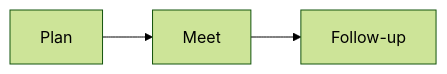
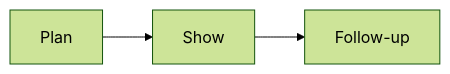
The second of 9 diagrams in docs/diagrams.md (yuxuan6426/clipsignal), drawn with Mermaid (forest theme) before and after one commit. The commit also changed other lines of this file and 27 other files, not shown here.

Commit message:
Redraw ClipSignal imagery and tighten workflow diagrams

````diff
--- a/docs/diagrams.md
+++ b/docs/diagrams.md
@@ -19,4 +25,4 @@
 ```mermaid
 flowchart LR
-  event0["Plan"] --> event1["Meet"] --> event2["Follow-up"]
+  Plan --> Show --> Followup["Follow-up"]
 ```
````
